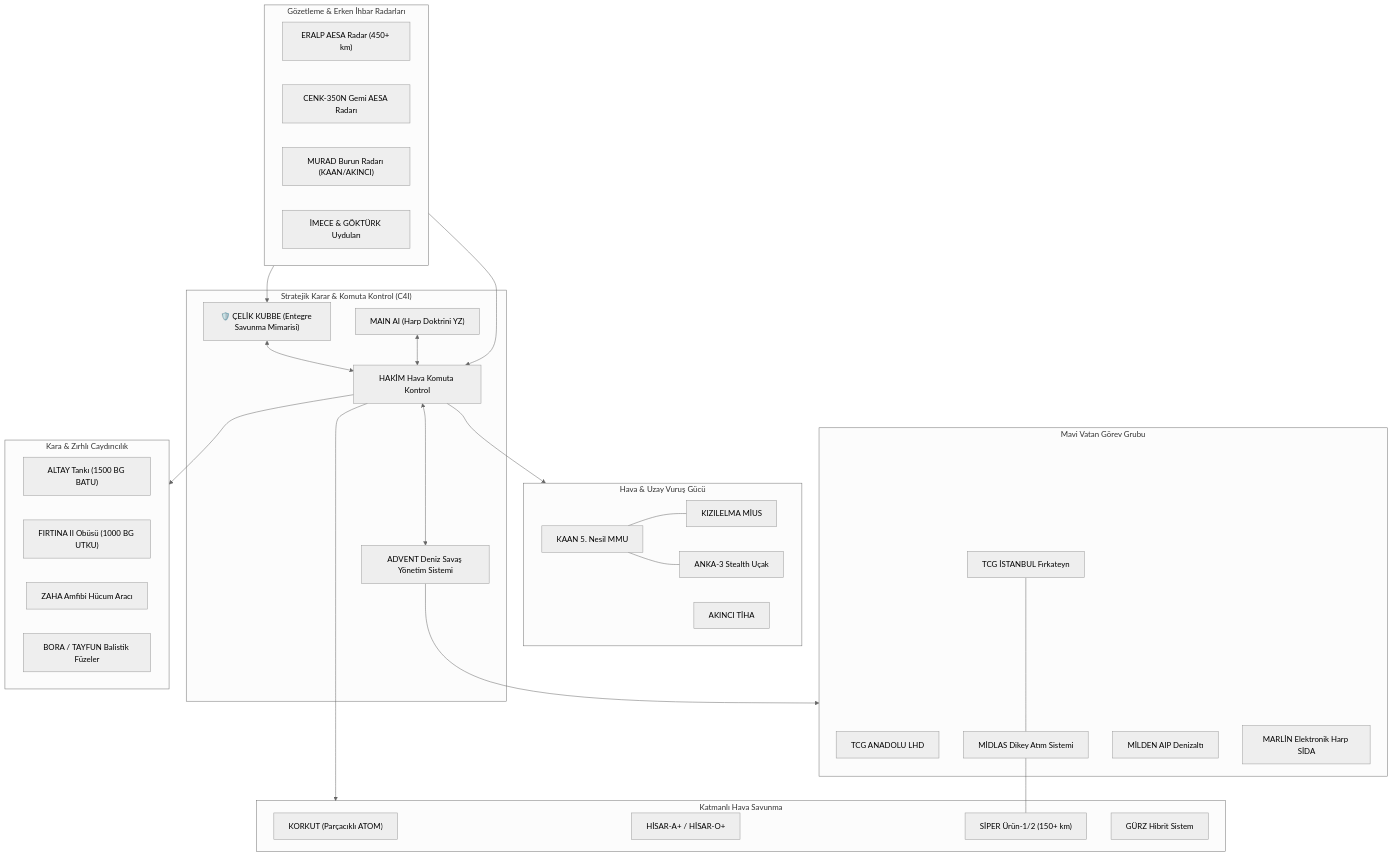
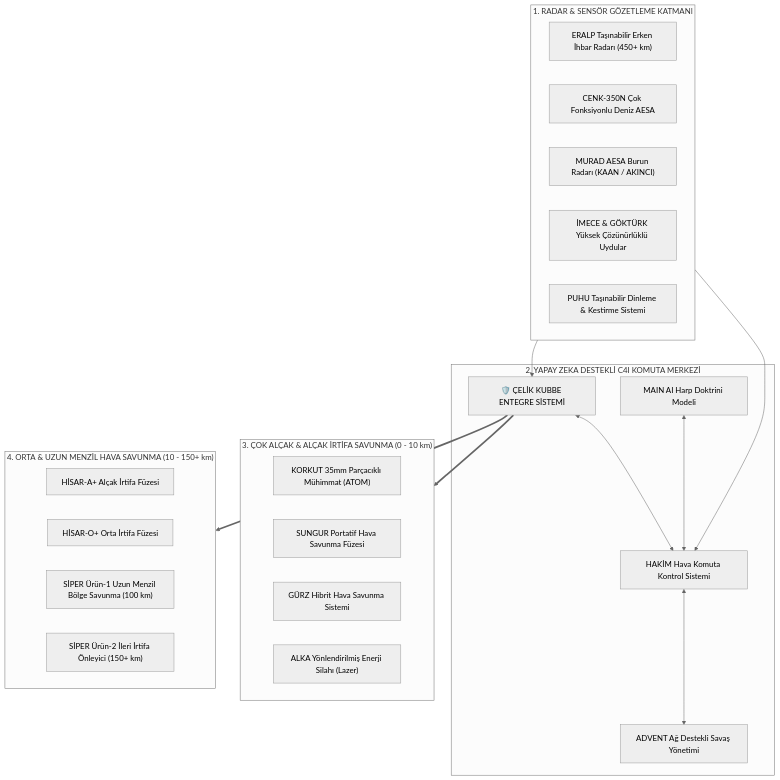
One commit to bahattinyunus/Milli-Teknoloji-Envanteri changed the first of 2 diagrams in README.md. Above: the diagram before and after it, drawn with Mermaid (neutral theme). The commit also changed other lines of this file and 40 other files, not shown here.

````diff
--- a/README.md
+++ b/README.md
@@ -234,60 +285,40 @@
 ```mermaid
 graph TD
-    subgraph SENSORS ["Gözetleme & Erken İhbar Radarları"]
-        ERALP["ERALP AESA Radar (450+ km)"]
-        CENK["CENK-350N Gemi AESA Radarı"]
-        MURAD["MURAD Burun Radarı (KAAN/AKINCI)"]
-        IMECE["İMECE & GÖKTÜRK Uyduları"]
+    subgraph SENSORS ["1. RADAR & SENSÖR GÖZETLEME KATMANI"]
+        ERALP["ERALP Taşınabilir Erken İhbar Radarı (450+ km)"]
+        CENK["CENK-350N Çok Fonksiyonlu Deniz AESA"]
+        MURAD["MURAD AESA Burun Radarı (KAAN / AKINCI)"]
+        IMECE["İMECE & GÖKTÜRK Yüksek Çözünürlüklü Uydular"]
+        PUHU["PUHU Taşınabilir Dinleme & Kestirme Sistemi"]
     end
 
-    subgraph C4I_BRAIN ["Stratejik Karar & Komuta Kontrol (C4I)"]
-        CELIK["🛡️ ÇELİK KUBBE (Entegre Savunma Mimarisi)"]
-        HAKIM["HAKİM Hava Komuta Kontrol"]
-        ADVENT["ADVENT Deniz Savaş Yönetim Sistemi"]
-        MAIN["MAIN AI (Harp Doktrini YZ)"]
+    subgraph C4I_BRAIN ["2. YAPAY ZEKA DESTEKLİ C4I KOMUTA MERKEZİ"]
+        CELIK["🛡️ ÇELİK KUBBE ENTEGRE SİSTEMİ"]
+        HAKIM["HAKİM Hava Komuta Kontrol Sistemi"]
+        ADVENT["ADVENT Ağ Destekli Savaş Yönetimi"]
+        MAIN["MAIN AI Harp Doktrini Modeli"]
     end
 
-    subgraph AIR_POWER ["Hava & Uzay Vuruş Gücü"]
-        KAAN["KAAN 5. Nesil MMU"]
-        KIZILELMA["KIZILELMA MİUS"]
-        ANKA3["ANKA-3 Stealth Uçak"]
-        AKINCI["AKINCI TİHA"]
+    subgraph SHORAD ["3. ÇOK ALÇAK & ALÇAK İRTİFA SAVUNMA (0 - 10 km)"]
+        KORKUT["KORKUT 35mm Parçacıklı Mühimmat (ATOM)"]
+        SUNGUR["SUNGUR Portatif Hava Savunma Füzesi"]
+        GURZ["GÜRZ Hibrit Hava Savunma Sistemi"]
+        ALKA["ALKA Yönlendirilmiş Enerji Silahı (Lazer)"]
     end
 
-    subgraph AIR_DEFENSE ["Katmanlı Hava Savunma"]
-        KORKUT["KORKUT (Parçacıklı ATOM)"]
-        HISAR["HİSAR-A+ / HİSAR-O+"]
-        SIPER["SİPER Ürün-1/2 (150+ km)"]
-        GURZ["GÜRZ Hibrit Sistem"]
-    end
-
-    subgraph NAVAL_FORCE ["Mavi Vatan Görev Grubu"]
-        ANADOLU["TCG ANADOLU LHD"]
-        ISTANBUL["TCG İSTANBUL Fırkateyn"]
-        MIDLAS["MİDLAS Dikey Atım Sistemi"]
-        MILDEN["MİLDEN AIP Denizaltı"]
-        MARLIN["MARLİN Elektronik Harp SİDA"]
-    end
-
-    subgraph LAND_FORCE ["Kara & Zırhlı Caydırıcılık"]
-        ALTAY["ALTAY Tankı (1500 BG BATU)"]
-        FIRTINA["FIRTINA II Obüsü (1000 BG UTKU)"]
-        ZAHA["ZAHA Amfibi Hücum Aracı"]
-        BORA["BORA / TAYFUN Balistik Füzeler"]
+    subgraph MEDIUM_HIGH ["4. ORTA & UZUN MENZİL HAVA SAVUNMA (10 - 150+ km)"]
+        HISAR_A["HİSAR-A+ Alçak İrtifa Füzesi"]
+        HISAR_O["HİSAR-O+ Orta İrtifa Füzesi"]
+        SIPER1["SİPER Ürün-1 Uzun Menzil Bölge Savunma (100 km)"]
+        SIPER2["SİPER Ürün-2 İleri İrtifa Önleyici (150+ km)"]
     end
 
     SENSORS --> CELIK
     SENSORS --> HAKIM
     CELIK <--> HAKIM
     HAKIM <--> ADVENT
     MAIN <--> HAKIM
 
-    HAKIM --> AIR_DEFENSE
-    HAKIM --> AIR_POWER
-    ADVENT --> NAVAL_FORCE
-    HAKIM --> LAND_FORCE
-    ISTANBUL --- MIDLAS
-    MIDLAS --- SIPER
-    KAAN --- KIZILELMA
-    KAAN --- ANKA3
+    CELIK ==> SHORAD
+    CELIK ==> MEDIUM_HIGH
 ```
````
